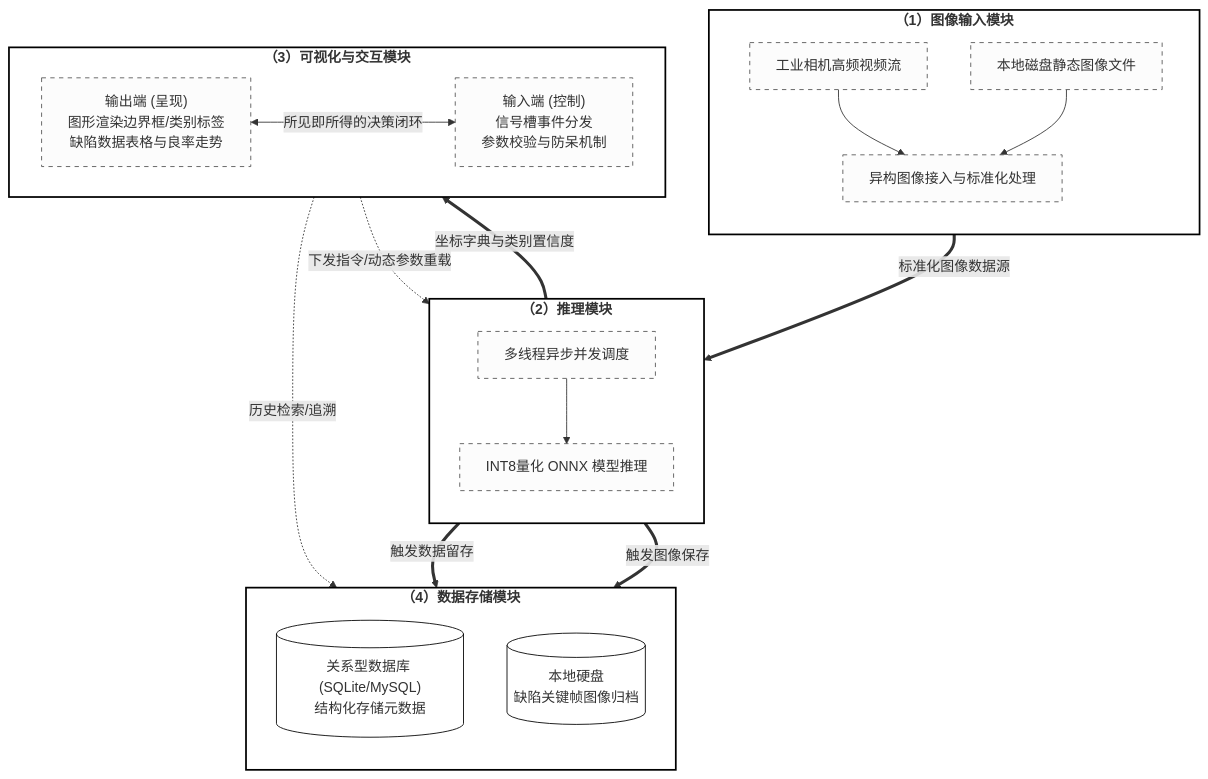
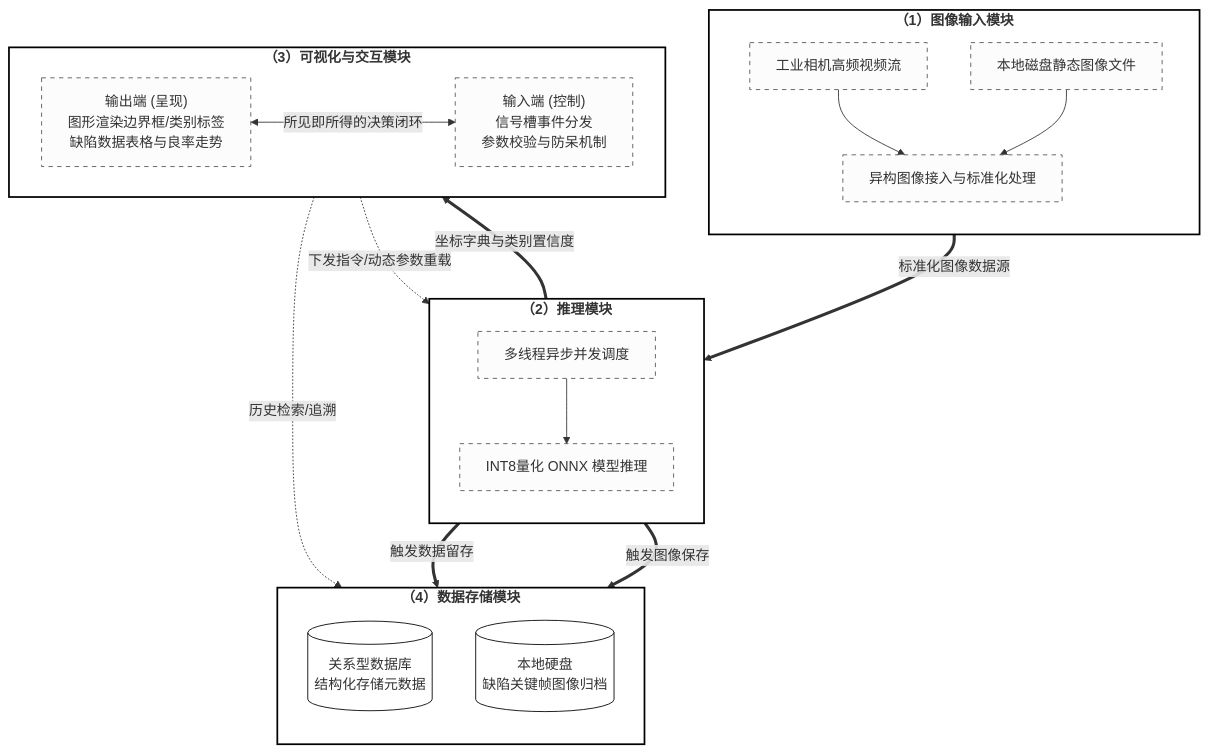
One commit to MAOSHENGsong/iodraw-files changed the diagram in all/未命名.md. Above: the diagram before and after it, drawn with Mermaid.

Commit message:
2026-03-12 14:36:59 update

````diff
--- a/all/未命名.md
+++ b/all/未命名.md
@@ -1,52 +1,52 @@
 ```mermaid
 graph TD
     %% 整体样式设置：纯白背景，适合学术论文
     classDef mainModule fill:#ffffff,stroke:#000000,stroke-width:2px,font-weight:bold,font-size:16px;
     classDef subNode fill:#fcfcfc,stroke:#555555,stroke-width:1px,stroke-dasharray: 5 5;
     classDef dbNode fill:#ffffff,stroke:#000000,stroke-width:1px;
 
     %% 1. 图像输入模块
     subgraph Module1["（1）图像输入模块"]
         direction TB
         I1[工业相机高频视频流] --> I3[异构图像接入与标准化处理]
         I2[本地磁盘静态图像文件] --> I3
     end
 
     %% 2. 推理模块
     subgraph Module2["（2）推理模块"]
         direction TB
         R1[多线程异步并发调度] --> R2[INT8量化 ONNX 模型推理]
     end
 
     %% 3. 可视化与人机交互模块
     subgraph Module3["（3）可视化与交互模块"]
         direction LR
         V1["输出端 (呈现)<br>图形渲染边界框/类别标签<br>缺陷数据表格与良率走势"]
         V2["输入端 (控制)<br>信号槽事件分发<br>参数校验与防呆机制"]
         V1 <-->|所见即所得的决策闭环| V2
     end
 
     %% 4. 数据存储模块
     subgraph Module4["（4）数据存储模块"]
         direction TB
-        S1[("关系型数据库 (SQLite/MySQL)<br>结构化存储元数据")]
+        S1[("关系型数据库 <br>结构化存储元数据")]
         S2[("本地硬盘<br>缺陷关键帧图像归档")]
     end
 
     %% 模块间的数据流向 (连线)
     I3 == 标准化图像数据源 ==> R1
     
     R2 == "坐标字典与类别置信度" ==> V1
     V2 -. "下发指令/动态参数重载" .-> R1
     
     R2 == 触发数据留存 ==> S1
     R2 == 触发图像保存 ==> S2
     
     V1 -. 历史检索/追溯 .-> S1
 
     %% 应用样式
     class Module1,Module2,Module3,Module4 mainModule;
     class I1,I2,I3,R1,R2,V1,V2 subNode;
     class S1,S2 dbNode;
   
 ```
````
